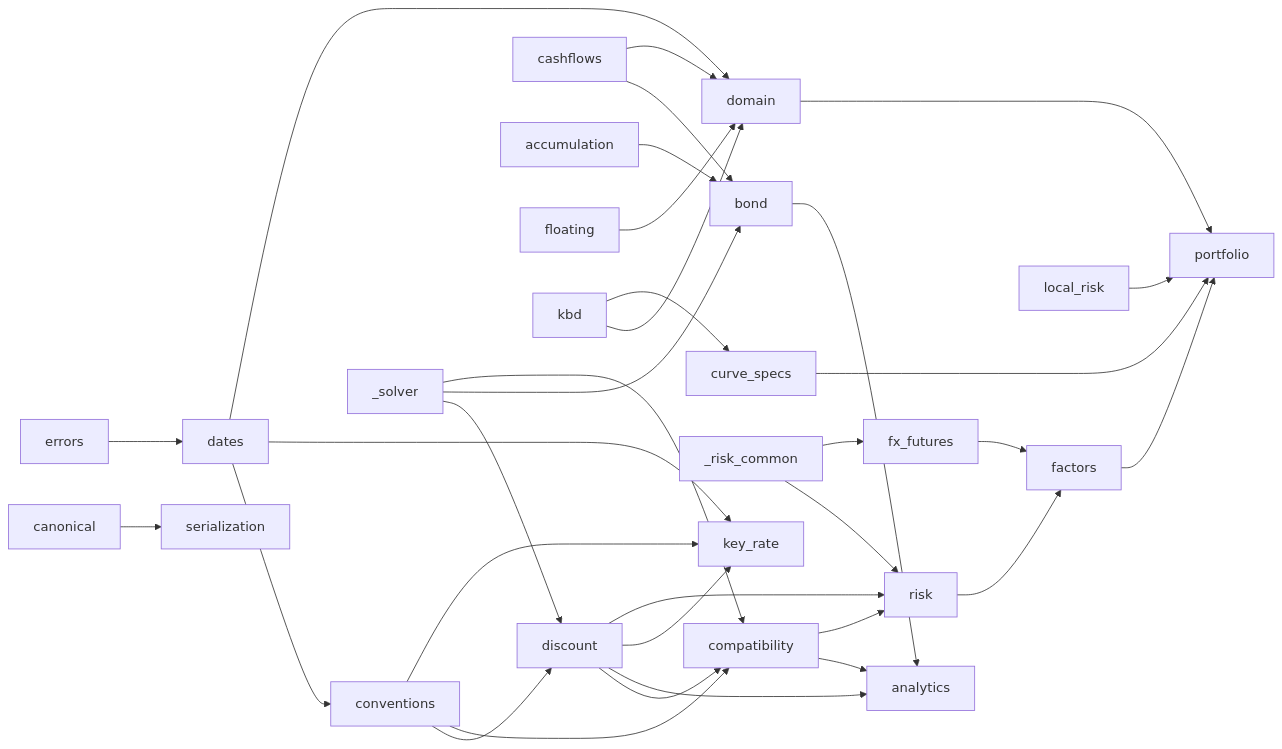
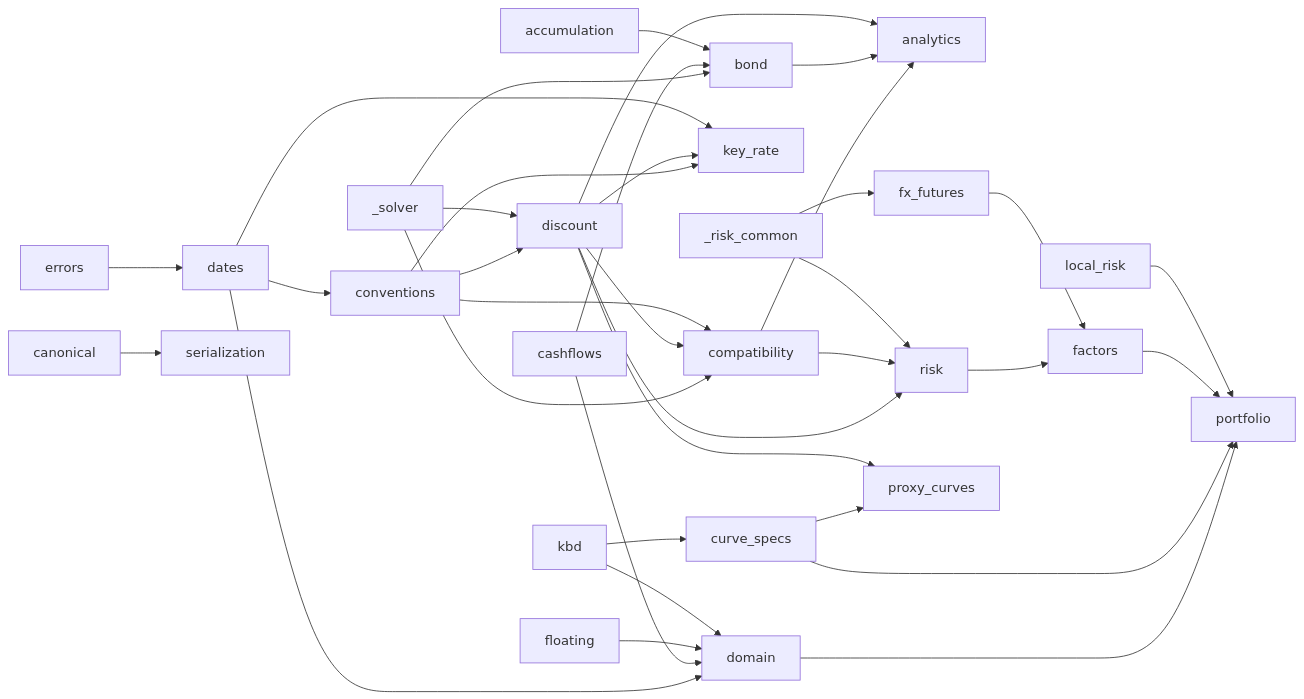
The diagram in docs/ARCHITECTURE.md (FlyingScotman/rub-fixed-income-core), drawn with Mermaid before and after one commit. The commit also changed other lines of this file and 14 other files, not shown here.

````diff
--- a/docs/ARCHITECTURE.md
+++ b/docs/ARCHITECTURE.md
@@ -55,35 +56,37 @@
 ```mermaid
 graph LR
   dates --> conventions
   conventions --> discount
   _solver --> discount
   _solver --> bond
   _solver --> compatibility
   cashflows --> bond
   accumulation --> bond
   discount --> compatibility
   conventions --> compatibility
   compatibility --> analytics
   bond --> analytics
   discount --> analytics
   conventions --> key_rate
   discount --> key_rate
   dates --> key_rate
   discount --> risk
   compatibility --> risk
   _risk_common --> risk
   _risk_common --> fx_futures
   canonical --> serialization
   errors --> dates
   dates --> domain
   cashflows --> domain
   floating --> domain
   kbd --> domain
   kbd --> curve_specs
   risk --> factors
   fx_futures --> factors
   domain --> portfolio
   curve_specs --> portfolio
+  curve_specs --> proxy_curves
+  discount --> proxy_curves
   factors --> portfolio
   local_risk --> portfolio
 ```
````
